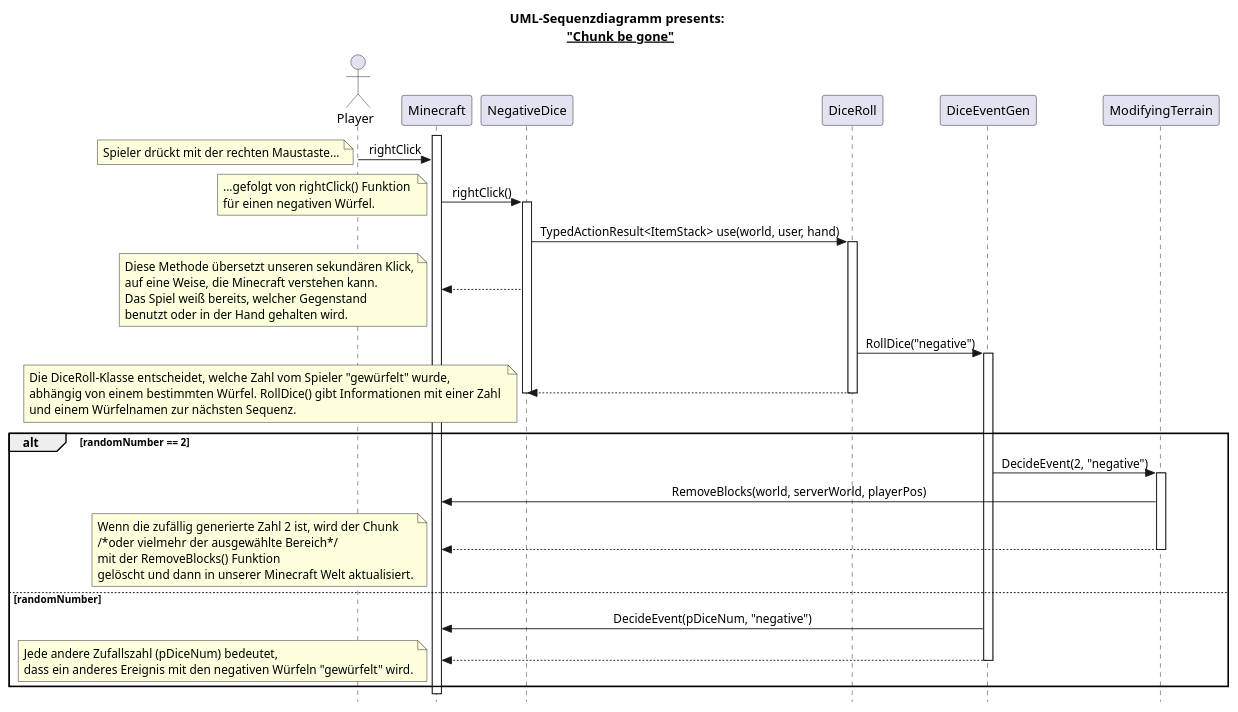
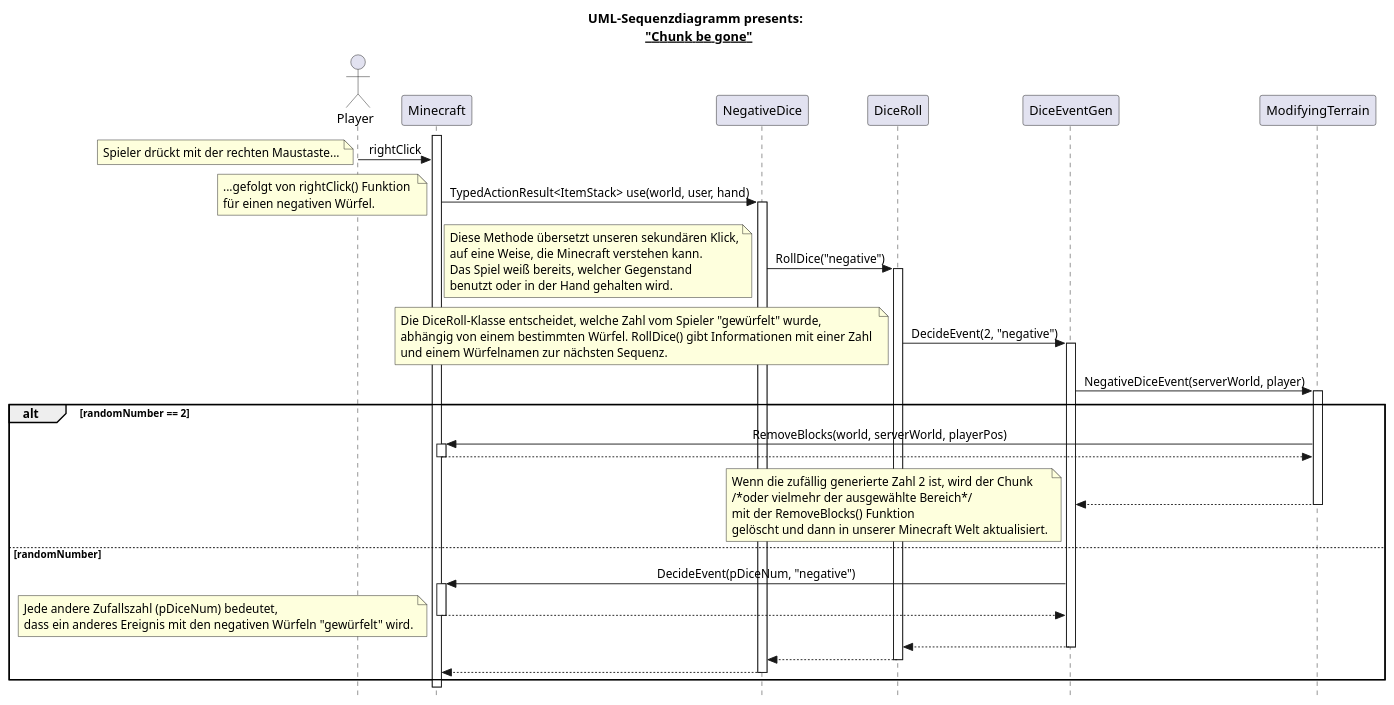
The diagram in src/main/resources/Sequenzdiagramm.puml (Justin383/DnM), drawn with PlantUML before and after one commit. The commit also changed 31 other files, not shown here.

```diff
--- a/src/main/resources/Sequenzdiagramm.puml
+++ b/src/main/resources/Sequenzdiagramm.puml
@@ -1,55 +1,61 @@
 @startuml
 
 skinparam sequenceMessageAlign center
 skinparam style strictuml
 title UML-Sequenzdiagramm presents: \n __"Chunk be gone"__
 
 actor Player
 participant Minecraft
 participant NegativeDice
 participant DiceRoll
 participant DiceEventGen
 participant ModifyingTerrain
 
 activate Minecraft
 
 Player -> Minecraft: rightClick
 note left: Spieler drückt mit der rechten Maustaste...
 
-Minecraft -> NegativeDice: rightClick()
+Minecraft -> NegativeDice: TypedActionResult<ItemStack> use(world, user, hand)
 
 note left: ...gefolgt von rightClick() Funktion \nfür einen negativen Würfel.
 activate NegativeDice
 
 
-NegativeDice -> DiceRoll: TypedActionResult<ItemStack> use(world, user, hand)
+NegativeDice -> DiceRoll: RollDice("negative")
 activate DiceRoll
-NegativeDice --> Minecraft
 note left: Diese Methode übersetzt unseren sekundären Klick,\nauf eine Weise, die Minecraft verstehen kann.\nDas Spiel weiß bereits, welcher Gegenstand \nbenutzt oder in der Hand gehalten wird.
 
 
 
-DiceRoll -> DiceEventGen: RollDice("negative")
+DiceRoll -> DiceEventGen:  DecideEvent(2, "negative")
 activate DiceEventGen
-DiceRoll --> NegativeDice
 note left: Die DiceRoll-Klasse entscheidet, welche Zahl vom Spieler "gewürfelt" wurde, \nabhängig von einem bestimmten Würfel. RollDice() gibt Informationen mit einer Zahl \nund einem Würfelnamen zur nächsten Sequenz.
-deactivate NegativeDice
-deactivate DiceRoll
+
+ DiceEventGen -> ModifyingTerrain: NegativeDiceEvent(serverWorld, player)
+ activate ModifyingTerrain
 
 alt randomNumber == 2
-    DiceEventGen -> ModifyingTerrain: DecideEvent(2, "negative")
-    activate ModifyingTerrain
-
     ModifyingTerrain -> Minecraft: RemoveBlocks(world, serverWorld, playerPos)
-    ModifyingTerrain --> Minecraft
+    activate Minecraft
+    ModifyingTerrain <-- Minecraft
+    deactivate Minecraft
+    ModifyingTerrain --> DiceEventGen
     deactivate ModifyingTerrain
     note left: Wenn die zufällig generierte Zahl 2 ist, wird der Chunk \n/*oder vielmehr der ausgewählte Bereich*/ \nmit der RemoveBlocks() Funktion \ngelöscht und dann in unserer Minecraft Welt aktualisiert.
 
 else randomNumber
     DiceEventGen -> Minecraft: DecideEvent(pDiceNum, "negative")
-    DiceEventGen --> Minecraft
+    activate Minecraft
+    DiceEventGen <-- Minecraft
+    deactivate Minecraft
     note left: Jede andere Zufallszahl (pDiceNum) bedeutet, \ndass ein anderes Ereignis mit den negativen Würfeln "gewürfelt" wird.
+    DiceEventGen --> DiceRoll
     deactivate DiceEventGen
+    DiceRoll --> NegativeDice
+    deactivate DiceRoll
+    NegativeDice --> Minecraft
+    deactivate NegativeDice
 end
 
 @enduml
```
